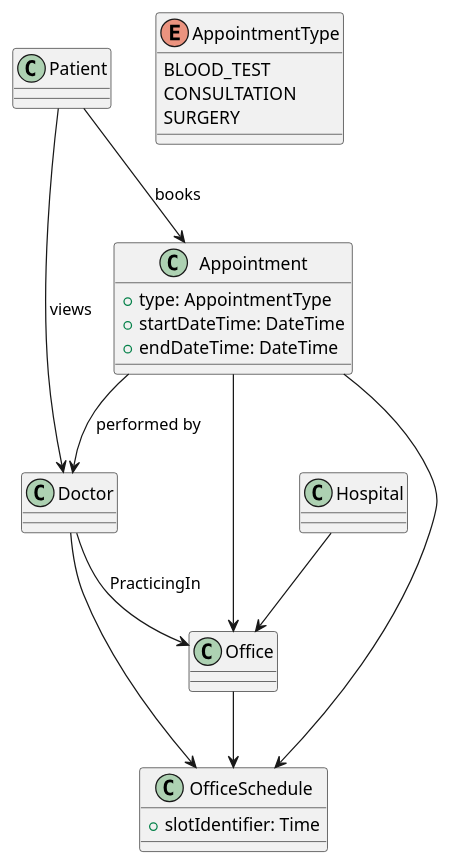
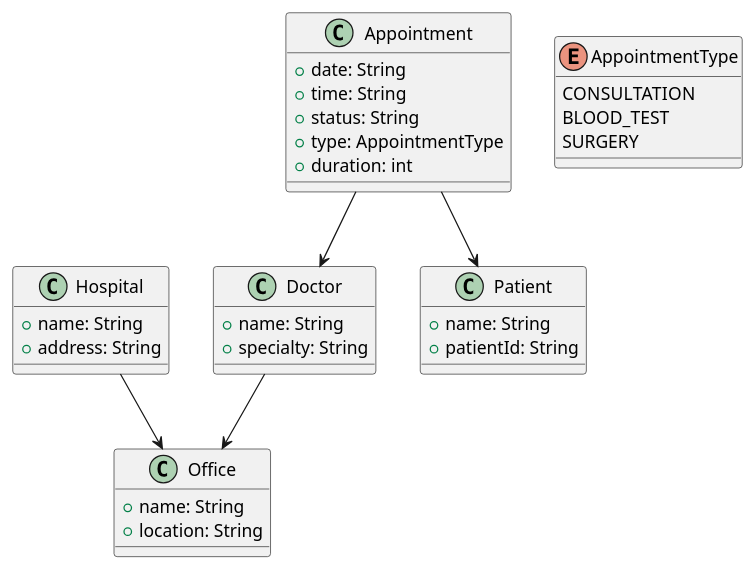
The diagram in output/multi_agent_critic/exercise_2_diagram.puml (LLM-29/A4Design), drawn with PlantUML before and after one commit. The commit also changed 10 other files, not shown here.

```diff
--- a/output/multi_agent_critic/exercise_2_diagram.puml
+++ b/output/multi_agent_critic/exercise_2_diagram.puml
@@ -1,28 +1,34 @@
 @startuml
-class Office {}
-class Doctor {}
-class Patient {}
-class Hospital {}
+class Hospital {
+  + name: String
+  + address: String
+}
+class Office {
+  + name: String
+  + location: String
+}
+class Doctor {
+  + name: String
+  + specialty: String
+}
+class Patient {
+  + name: String
+  + patientId: String
+}
 class Appointment {
+  + date: String
+  + time: String
+  + status: String
   + type: AppointmentType
-  + startDateTime: DateTime
-  + endDateTime: DateTime
+  + duration: int
 }
 enum AppointmentType {
+  CONSULTATION
   BLOOD_TEST
-  CONSULTATION
   SURGERY
 }
-class OfficeSchedule {
-  + slotIdentifier: Time
-}
-Doctor --> Office : PracticingIn
-Patient --> Appointment : books
-Appointment --> Doctor : performed by
-Appointment --> OfficeSchedule
-Doctor --> OfficeSchedule
-Office --> OfficeSchedule
+Doctor --> Office
 Hospital --> Office
-Patient --> Doctor : views
-Appointment --> Office
+Appointment --> Patient
+Appointment --> Doctor
 @enduml
```
